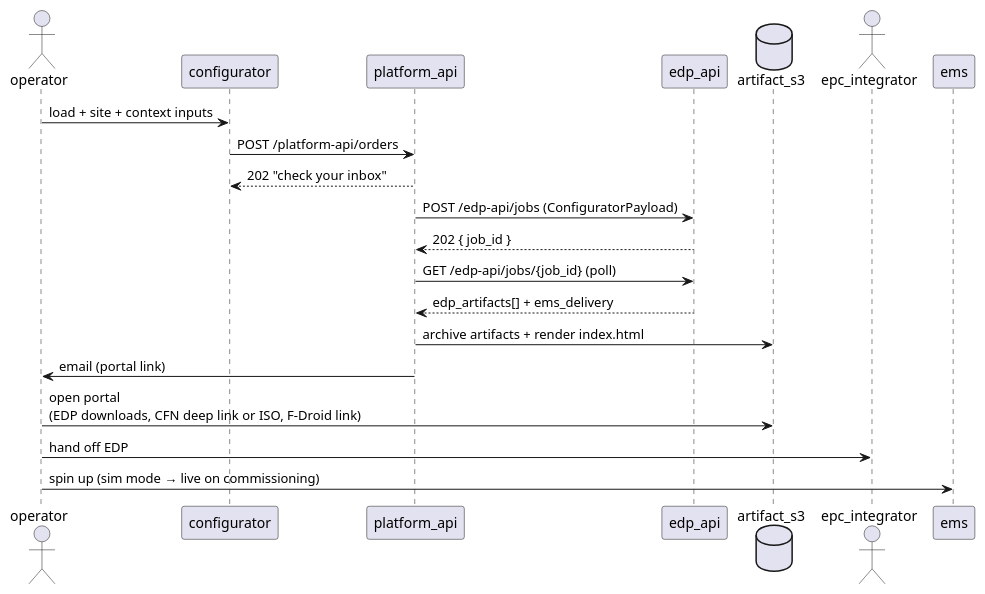
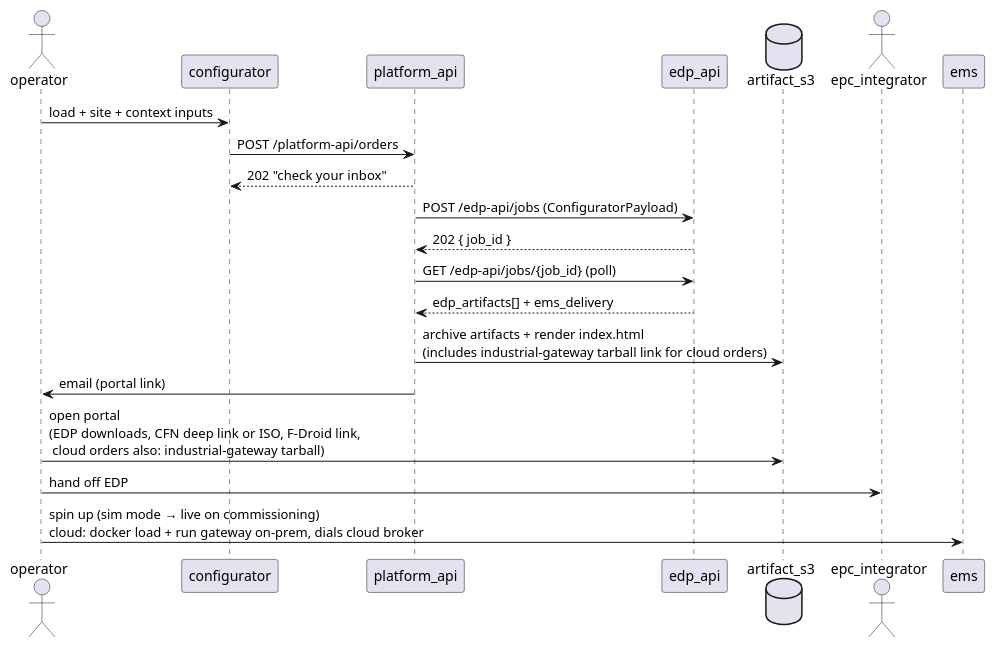
One commit to arcnode-io/arcnode changed the diagram in readme.md. Above: the diagram before and after it, drawn with PlantUML. The commit also changed other lines of this file, not shown here.

Commit message:
docs: gateway tarball delivery for cloud orders
How-It-Works step 3 + 4 + sequence: cloud (CFN) portal now includes
a link to the industrial-gateway docker-save tarball on
arcnode-public/gateway/. Operator runs docker load + docker run
on-prem; gateway dials the cloud broker outbound. Appliance/ISO
orders bake the gateway in, so tarball delivery is cloud-only.

Claude-Session: https://claude.ai/code/session_01NWsQruQrB9q7X1zPFh8Qo9

````diff
--- a/readme.md
+++ b/readme.md
@@ -17,22 +17,22 @@
 ```plantuml
 actor operator
 participant configurator
 participant platform_api
 participant edp_api
 database artifact_s3
 actor epc_integrator
 participant ems
 
 operator -> configurator: load + site + context inputs
 configurator -> platform_api: POST /platform-api/orders
 platform_api --> configurator: 202 "check your inbox"
 platform_api -> edp_api: POST /edp-api/jobs (ConfiguratorPayload)
 edp_api --> platform_api: 202 { job_id }
 platform_api -> edp_api: GET /edp-api/jobs/{job_id} (poll)
 edp_api --> platform_api: edp_artifacts[] + ems_delivery
-platform_api -> artifact_s3: archive artifacts + render index.html
+platform_api -> artifact_s3: archive artifacts + render index.html\n(includes industrial-gateway tarball link for cloud orders)
 platform_api -> operator: email (portal link)
-operator -> artifact_s3: open portal\n(EDP downloads, CFN deep link or ISO, F-Droid link)
+operator -> artifact_s3: open portal\n(EDP downloads, CFN deep link or ISO, F-Droid link,\n cloud orders also: industrial-gateway tarball)
 operator -> epc_integrator: hand off EDP
-operator -> ems: spin up (sim mode → live on commissioning)
+operator -> ems: spin up (sim mode → live on commissioning)\ncloud: docker load + run gateway on-prem, dials cloud broker
 ```
````
